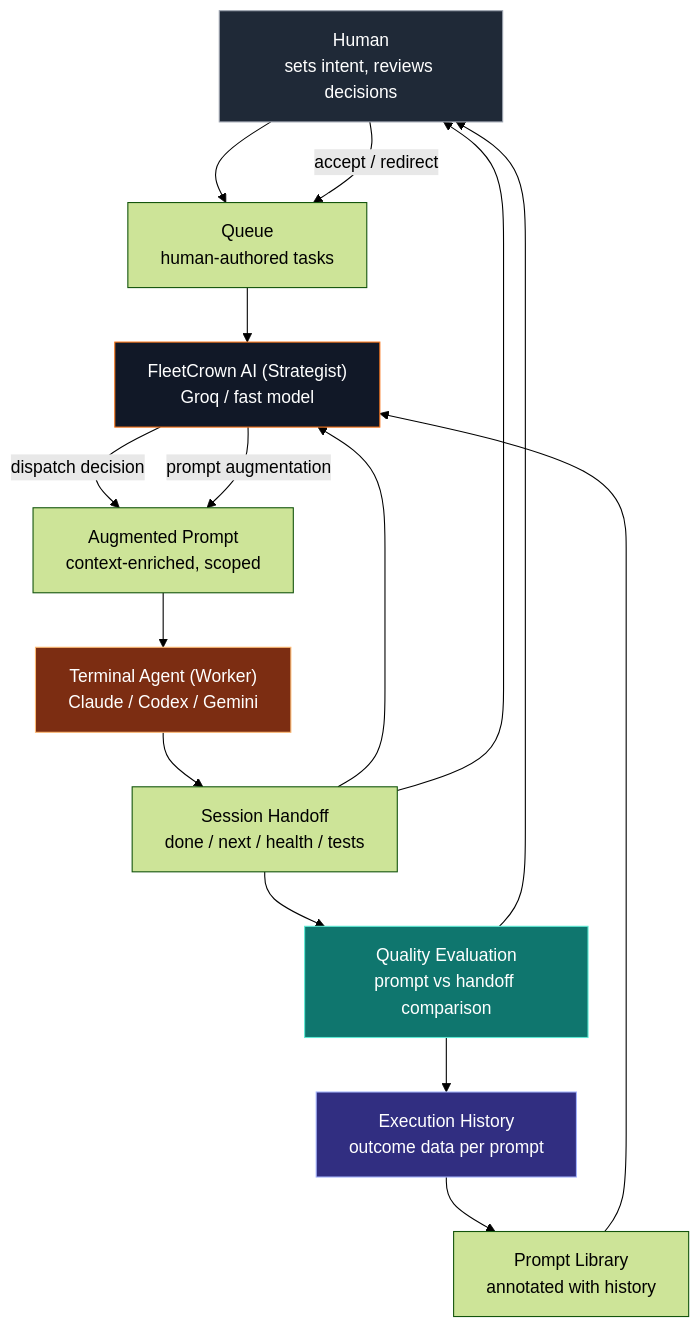
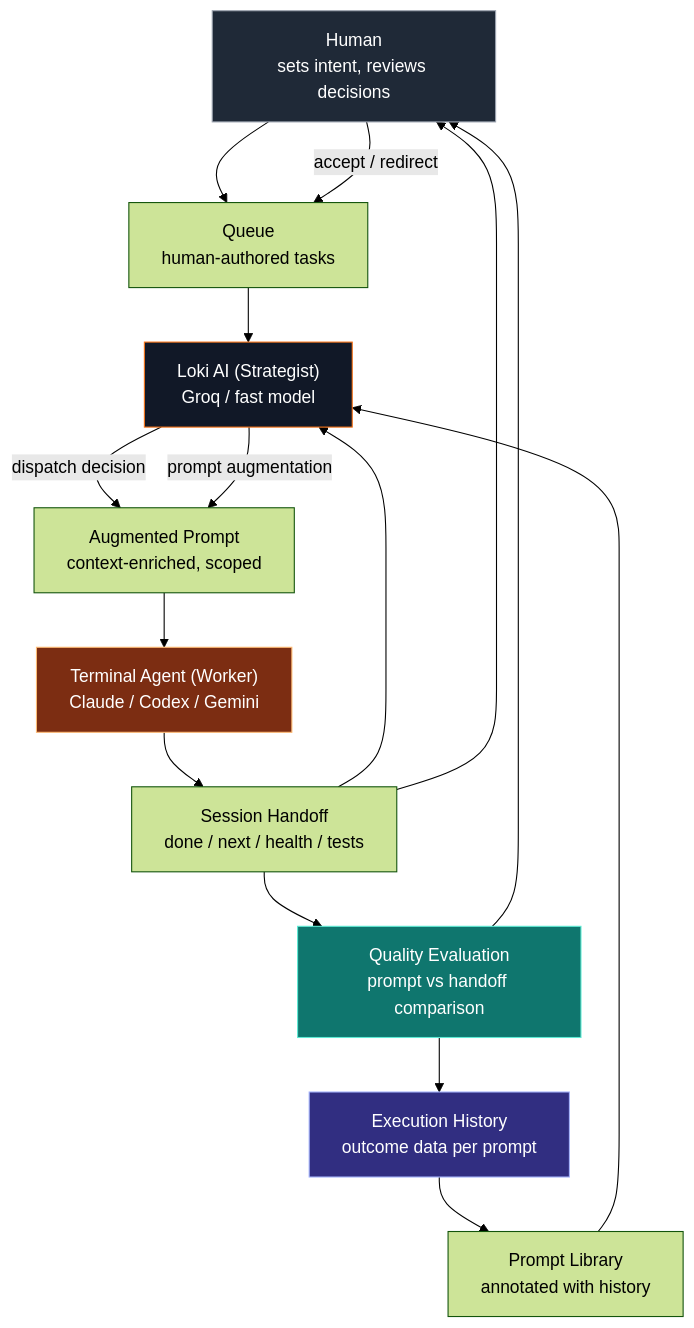
Before and after one commit to bitbaum/fleetcrown: the diagram in content/thoughts/the-craft-of-sequential-prompting.md, drawn with Mermaid (forest theme). The commit also changed other lines of this file and 638 other files, not shown here.

First line of the commit message:
refactor: rename the product from FleetCrown to Loki

````diff
--- a/content/thoughts/the-craft-of-sequential-prompting.md
+++ b/content/thoughts/the-craft-of-sequential-prompting.md
@@ -201,33 +201,33 @@
 ```mermaid
 flowchart TD
     Human["Human\nsets intent, reviews decisions"]
     Queue["Queue\nhuman-authored tasks"]
     Library["Prompt Library\nannotated with history"]
-    Strategist["FleetCrown AI (Strategist)\nGroq / fast model"]
+    Strategist["Loki AI (Strategist)\nGroq / fast model"]
     Prompt["Augmented Prompt\ncontext-enriched, scoped"]
     Agent["Terminal Agent (Worker)\nClaude / Codex / Gemini"]
     Handoff["Session Handoff\ndone / next / health / tests"]
     Eval["Quality Evaluation\nprompt vs handoff comparison"]
     History["Execution History\noutcome data per prompt"]
 
     Human --> Queue
     Queue --> Strategist
     Library --> Strategist
     Handoff --> Strategist
     Strategist -->|"dispatch decision"| Prompt
     Strategist -->|"prompt augmentation"| Prompt
     Prompt --> Agent
     Agent --> Handoff
     Handoff --> Eval
     Eval --> History
     History --> Library
     Eval --> Human
     Handoff --> Human
     Human -->|"accept / redirect"| Queue
 
     style Human fill:#1f2937,stroke:#9ca3af,color:#fff
     style Strategist fill:#111827,stroke:#f97316,color:#fff
     style Agent fill:#7c2d12,stroke:#fdba74,color:#fff
     style History fill:#312e81,stroke:#a5b4fc,color:#fff
     style Eval fill:#0f766e,stroke:#5eead4,color:#fff
 ```
````
